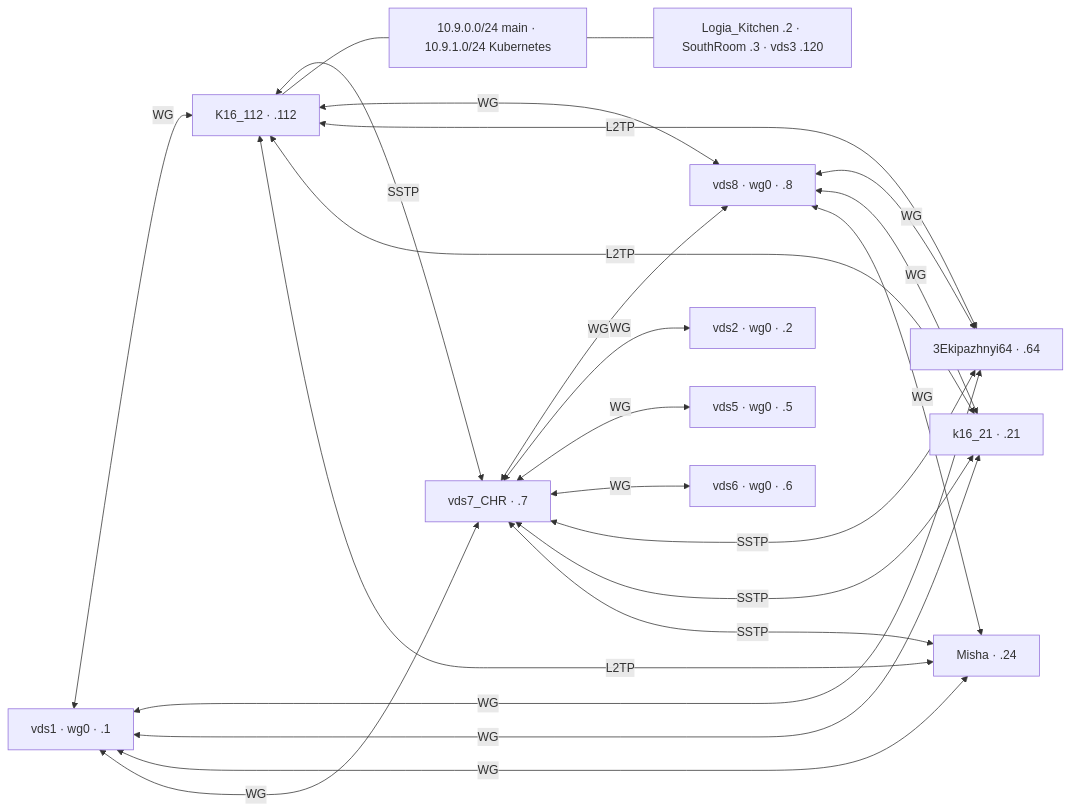
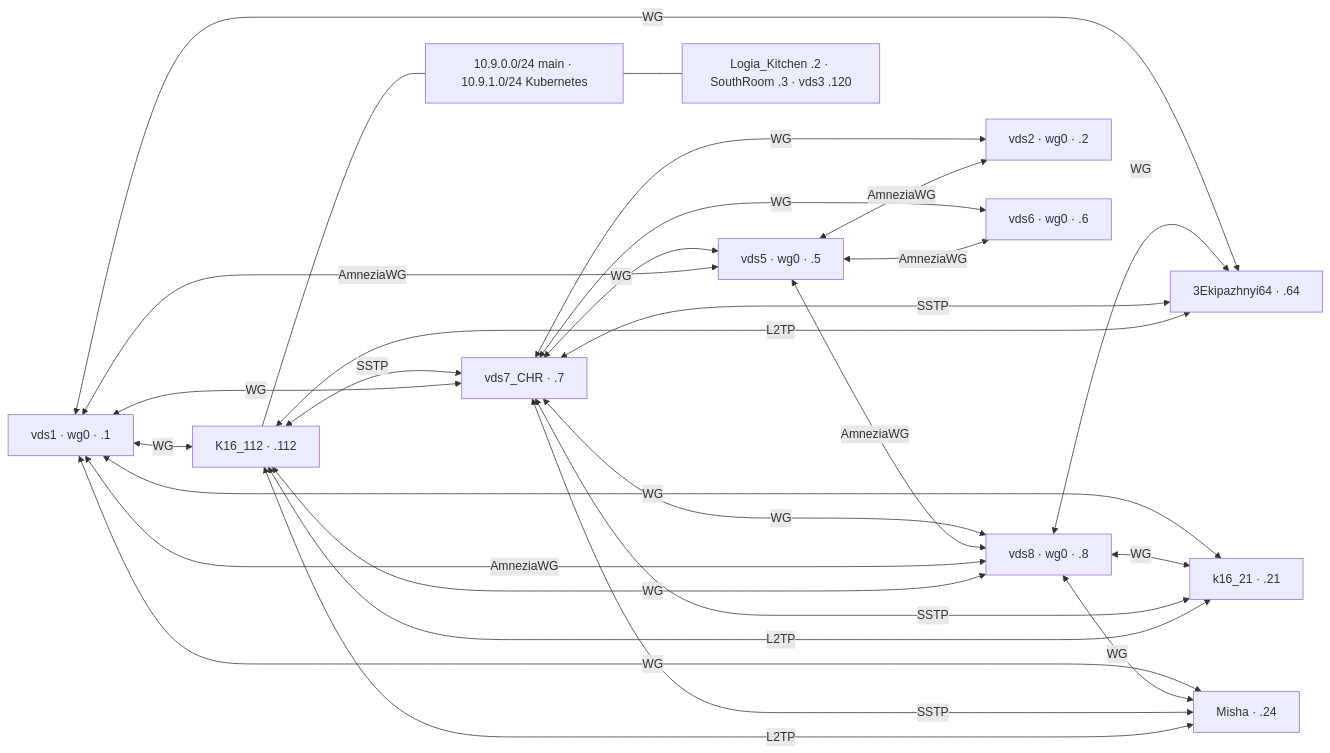
The diagram in mikrotik/topology/current-tunnels.md (ap200984/ansible), drawn with Mermaid before and after one commit. The commit also changed other lines of this file and 21 other files, not shown here.

````diff
--- a/mikrotik/topology/current-tunnels.md
+++ b/mikrotik/topology/current-tunnels.md
@@ -6,20 +16,22 @@
 ```mermaid
 flowchart LR
   V1["vds1 · wg0 · .1"]
   V8["vds8 · wg0 · .8"]
   K["K16_112 · .112"]
   E["3Ekipazhnyi64 · .64"]
   R["k16_21 · .21"]
   M["Misha · .24"]
   C["vds7_CHR · .7"]
   V2["vds2 · wg0 · .2"]
   V5["vds5 · wg0 · .5"]
   V6["vds6 · wg0 · .6"]
   V1 <-->|WG| K & E & R & M
   V8 <-->|WG| K & E & R & M
   C <-->|WG| V1 & V8 & V2 & V5 & V6
+  V5 <-->|AmneziaWG| V1 & V2 & V6 & V8
+  V1 <-->|AmneziaWG| V8
   K & E & R & M <-->|SSTP| C
   E & R & M <-->|L2TP| K
   K --- LAN["10.9.0.0/24 main · 10.9.1.0/24 Kubernetes"]
   LAN --- L["Logia_Kitchen .2 · SouthRoom .3 · vds3 .120"]
 ```
````
